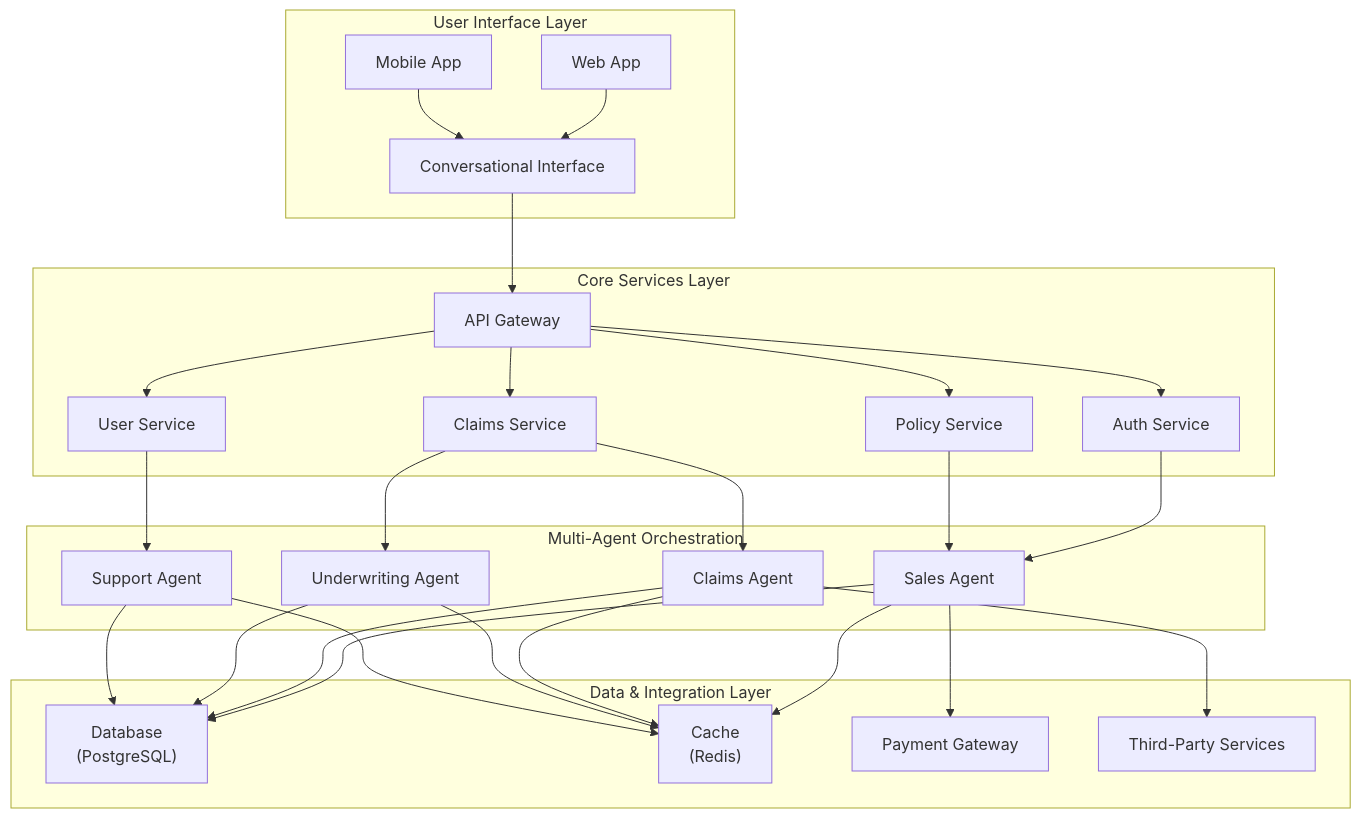
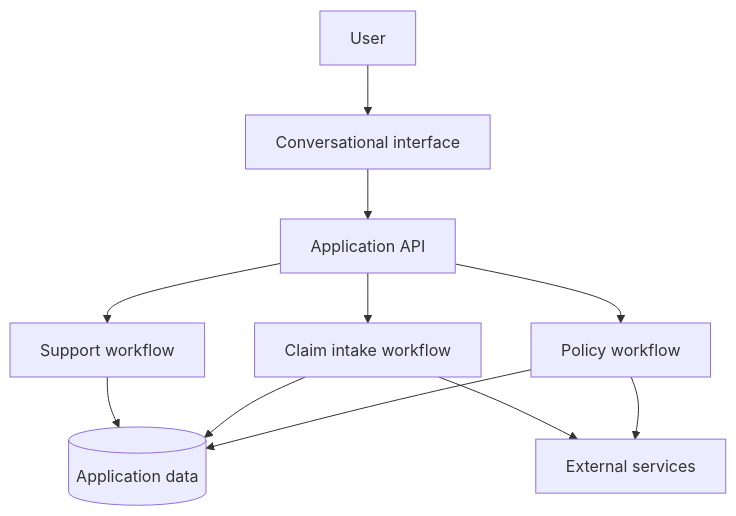
One commit to yaksheng/projects changed the diagram in hackathons/20251031-singhacks/architecture/README.md. Above: the diagram before and after it, drawn with Mermaid. The commit also changed other lines of this file and 14 other files, not shown here.

````diff
--- a/hackathons/20251031-singhacks/architecture/README.md
+++ b/hackathons/20251031-singhacks/architecture/README.md
@@ -7,37 +5,13 @@
 ```mermaid
 graph TD
-    subgraph "User Interface Layer"
-        A[Web App] --> B[Conversational Interface]
-        C[Mobile App] --> B
-    end
-    
-    B --> D[API Gateway]
-    
-    subgraph "Core Services Layer"
-        D --> E[Auth Service]
-        D --> F[Policy Service]
-        D --> G[Claims Service]
-        D --> H[User Service]
-    end
-    
-    subgraph "Multi-Agent Orchestration"
-        E --> I[Sales Agent]
-        F --> I
-        G --> J[Claims Agent]
-        G --> K[Underwriting Agent]
-        H --> L[Support Agent]
-    end
-    
-    subgraph "Data & Integration Layer"
-        I --> M["Database\n(PostgreSQL)"]
-        J --> M
-        K --> M
-        L --> M
-        I --> N["Cache\n(Redis)"]
-        J --> N
-        K --> N
-        L --> N
-        I --> O[Payment Gateway]
-        J --> P[Third-Party Services]
-    end
+    User[User] --> Interface[Conversational interface]
+    Interface --> Gateway[Application API]
+    Gateway --> Policy[Policy workflow]
+    Gateway --> Claims[Claim intake workflow]
+    Gateway --> Support[Support workflow]
+    Policy --> Data[(Application data)]
+    Claims --> Data
+    Support --> Data
+    Policy --> Integrations[External services]
+    Claims --> Integrations
 ```
````
